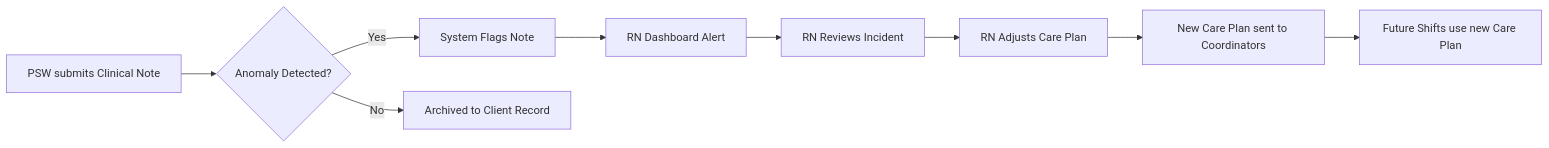
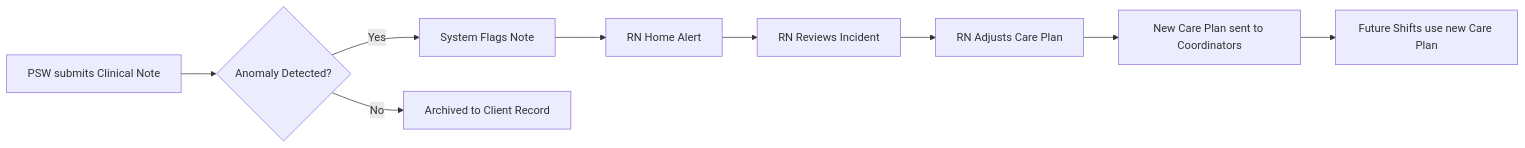
Before and after one commit to shaikhrais/primecare-platform: the third of 3 diagrams in docs/strategy/business_operational_flows.md, drawn with Mermaid. The commit also changed 602 other files, not shown here.

````diff
--- a/docs/strategy/business_operational_flows.md
+++ b/docs/strategy/business_operational_flows.md
@@ -67,11 +67,11 @@
 ```mermaid
 graph LR
     A[PSW submits Clinical Note] --> B{Anomaly Detected?}
     B -- Yes --> C[System Flags Note]
     B -- No --> D[Archived to Client Record]
-    C --> E[RN Dashboard Alert]
+    C --> E[RN Home Alert]
     E --> F[RN Reviews Incident]
     F --> G[RN Adjusts Care Plan]
     G --> H[New Care Plan sent to Coordinators]
     H --> I[Future Shifts use new Care Plan]
 ```
````
